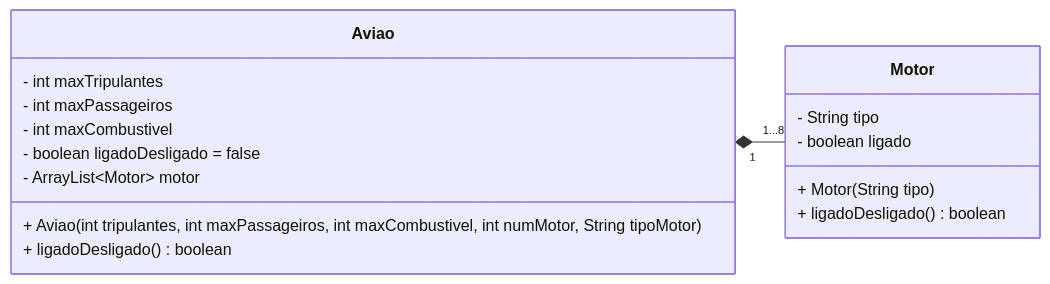
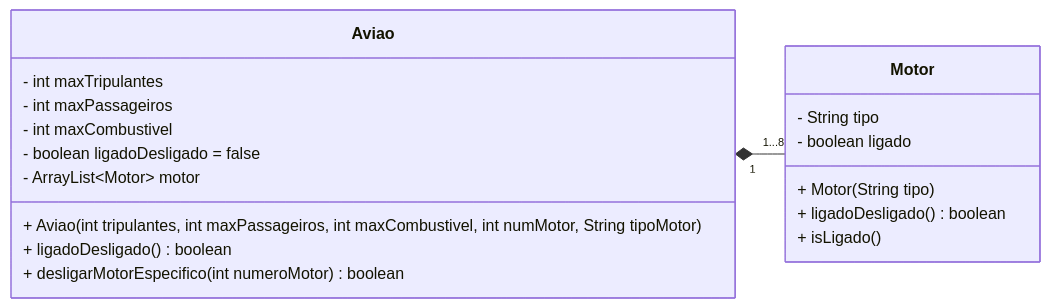
Before and after one commit to gaspanhol/POO: the diagram in aula-15/README.md, drawn with Mermaid. The commit also changed 4 other files, not shown here.

Commit message:
Finalizado o exercício da aula 15, UML, classes App, Aviao e Motor finalizadas e testadas na classe App para atestar seu funcionamento

````diff
--- a/aula-15/README.md
+++ b/aula-15/README.md
@@ -5,26 +5,28 @@
 ```mermaid
 
 classDiagram
     
     direction LR
     
     Aviao "1" *-- "1...8" Motor
     
     class Aviao {
         - int maxTripulantes
         - int maxPassageiros
         - int maxCombustivel
         - boolean ligadoDesligado = false
         - ArrayList~Motor~ motor
         + Aviao (int tripulantes, int maxPassageiros, int maxCombustivel, int numMotor, String tipoMotor)
         + ligadoDesligado() boolean
+        + desligarMotorEspecifico(int numeroMotor) boolean
     }
     
     class Motor {
         - String tipo
         - boolean ligado
         + Motor (String tipo)
         + ligadoDesligado() boolean
+        + isLigado()
     }
 
 ```
````
